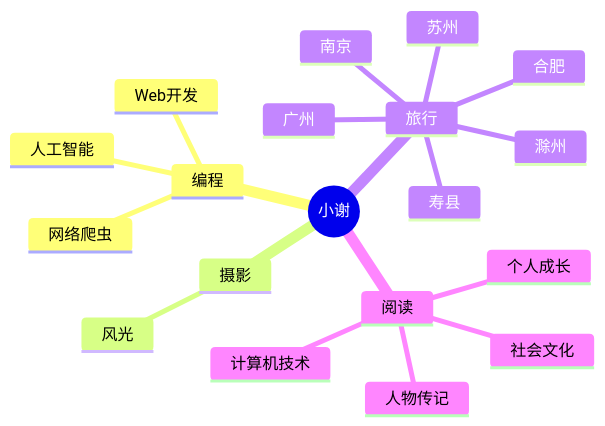
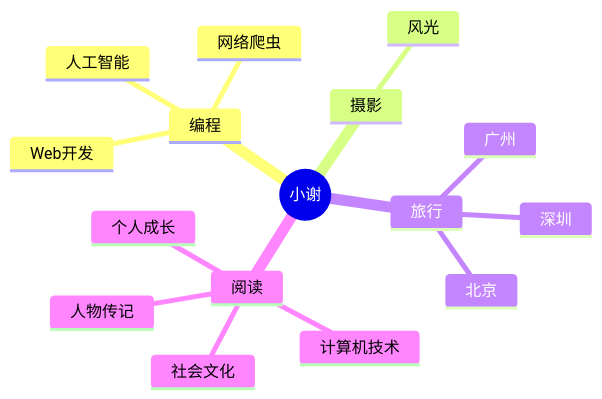
One commit to 626870313/626870313 changed the diagram in README.md. Above: the diagram before and after it, drawn with Mermaid. The commit also changed other lines of this file, not shown here.

````diff
--- a/README.md
+++ b/README.md
@@ -139,22 +139,19 @@
 ```mermaid
 mindmap
   root((小谢))
     编程
       Web开发
       网络爬虫
       人工智能
     摄影
       风光
     旅行
       广州
-      苏州
-      南京
-      滁州
-      合肥
-      寿县
+      深圳
+      北京
     阅读
       人物传记
       个人成长
       社会文化
       计算机技术
 ```
````
